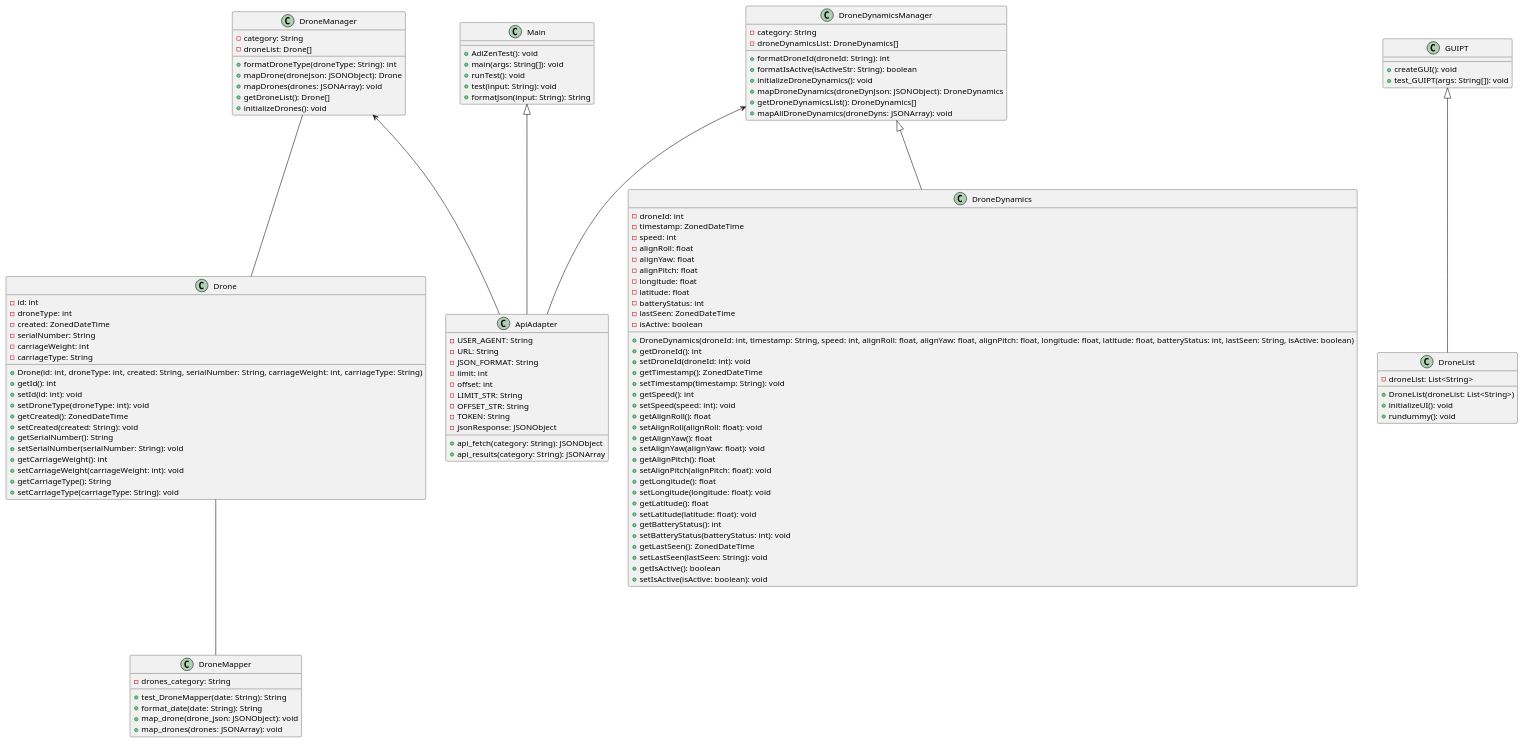
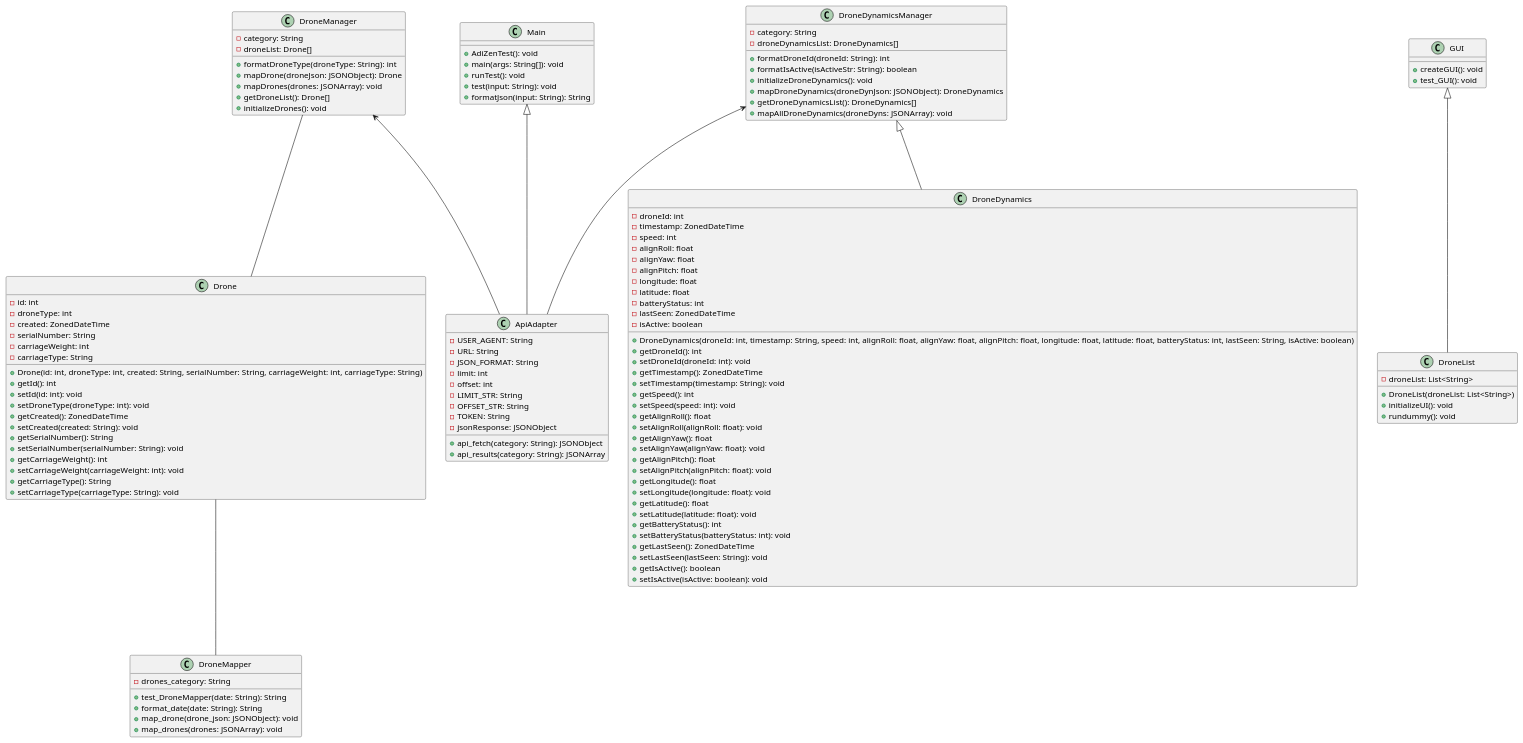
One commit to VicCislari/DroneGUI changed the diagram in Documentation/classdiagramm.puml. Above: the diagram before and after it, drawn with PlantUML.

Commit message:
suttle changes

```diff
--- a/Documentation/classdiagramm.puml
+++ b/Documentation/classdiagramm.puml
@@ -1,139 +1,139 @@
 @startuml
 
 class Drone {
     -id: int
     -droneType: int
     -created: ZonedDateTime
     -serialNumber: String
     -carriageWeight: int
     -carriageType: String
 
     +Drone(id: int, droneType: int, created: String, serialNumber: String, carriageWeight: int, carriageType: String)
     +getId(): int
     +setId(id: int): void
     +setDroneType(droneType: int): void
     +getCreated(): ZonedDateTime
     +setCreated(created: String): void
     +getSerialNumber(): String
     +setSerialNumber(serialNumber: String): void
     +getCarriageWeight(): int
     +setCarriageWeight(carriageWeight: int): void
     +getCarriageType(): String
     +setCarriageType(carriageType: String): void
 }
 
 class DroneDynamics {
     -droneId: int
     -timestamp: ZonedDateTime
     -speed: int
     -alignRoll: float
     -alignYaw: float
     -alignPitch: float
     -longitude: float
     -latitude: float
     -batteryStatus: int
     -lastSeen: ZonedDateTime
     -isActive: boolean
 
     +DroneDynamics(droneId: int, timestamp: String, speed: int, alignRoll: float, alignYaw: float, alignPitch: float, longitude: float, latitude: float, batteryStatus: int, lastSeen: String, isActive: boolean)
     +getDroneId(): int
     +setDroneId(droneId: int): void
     +getTimestamp(): ZonedDateTime
     +setTimestamp(timestamp: String): void
     +getSpeed(): int
     +setSpeed(speed: int): void
     +getAlignRoll(): float
     +setAlignRoll(alignRoll: float): void
     +getAlignYaw(): float
     +setAlignYaw(alignYaw: float): void
     +getAlignPitch(): float
     +setAlignPitch(alignPitch: float): void
     +getLongitude(): float
     +setLongitude(longitude: float): void
     +getLatitude(): float
     +setLatitude(latitude: float): void
     +getBatteryStatus(): int
     +setBatteryStatus(batteryStatus: int): void
     +getLastSeen(): ZonedDateTime
     +setLastSeen(lastSeen: String): void
     +getIsActive(): boolean
     +setIsActive(isActive: boolean): void
 }
 
 class DroneManager {
     -category: String
     -droneList: Drone[]
 
     +formatDroneType(droneType: String): int
     +mapDrone(droneJson: JSONObject): Drone
     +mapDrones(drones: JSONArray): void
     +getDroneList(): Drone[]
     +initializeDrones(): void
 }
 
 class DroneDynamicsManager {
     -category: String
     -droneDynamicsList: DroneDynamics[]
 
     +formatDroneId(droneId: String): int
     +formatIsActive(isActiveStr: String): boolean
     +initializeDroneDynamics(): void
     +mapDroneDynamics(droneDynJson: JSONObject): DroneDynamics
     +getDroneDynamicsList(): DroneDynamics[]
     +mapAllDroneDynamics(droneDyns: JSONArray): void
 }
 
-class GUIPT {
+class GUI {
     +createGUI(): void
-    +test_GUIPT(args: String[]): void
+    +test_GUI(): void
 }
 
 class DroneList {
     -droneList: List<String>
 
     +DroneList(droneList: List<String>)
     +initializeUI(): void
     +rundummy(): void
 }
 
 class ApiAdapter {
     -USER_AGENT: String
     -URL: String
     -JSON_FORMAT: String
     -limit: int
     -offset: int
     -LIMIT_STR: String
     -OFFSET_STR: String
     -TOKEN: String
     -jsonResponse: JSONObject
 
     +api_fetch(category: String): JSONObject
     +api_results(category: String): JSONArray
 }
 
 class DroneMapper {
     -drones_category: String
 
     +test_DroneMapper(date: String): String
     +format_date(date: String): String
     +map_drone(drone_json: JSONObject): void
     +map_drones(drones: JSONArray): void
 }
 
 class Main {
     +AdiZenTest(): void
     +main(args: String[]): void
     +runTest(): void
     +test(input: String): void
     +formatJson(input: String): String
 }
 
 DroneManager <--- ApiAdapter
 DroneManager --- Drone
 DroneDynamicsManager <--- ApiAdapter
 DroneDynamicsManager <|--- DroneDynamics
 
 Main <|--- ApiAdapter
 Drone --- DroneMapper
-GUIPT <|--- DroneList
+GUI <|--- DroneList
 @enduml
```
